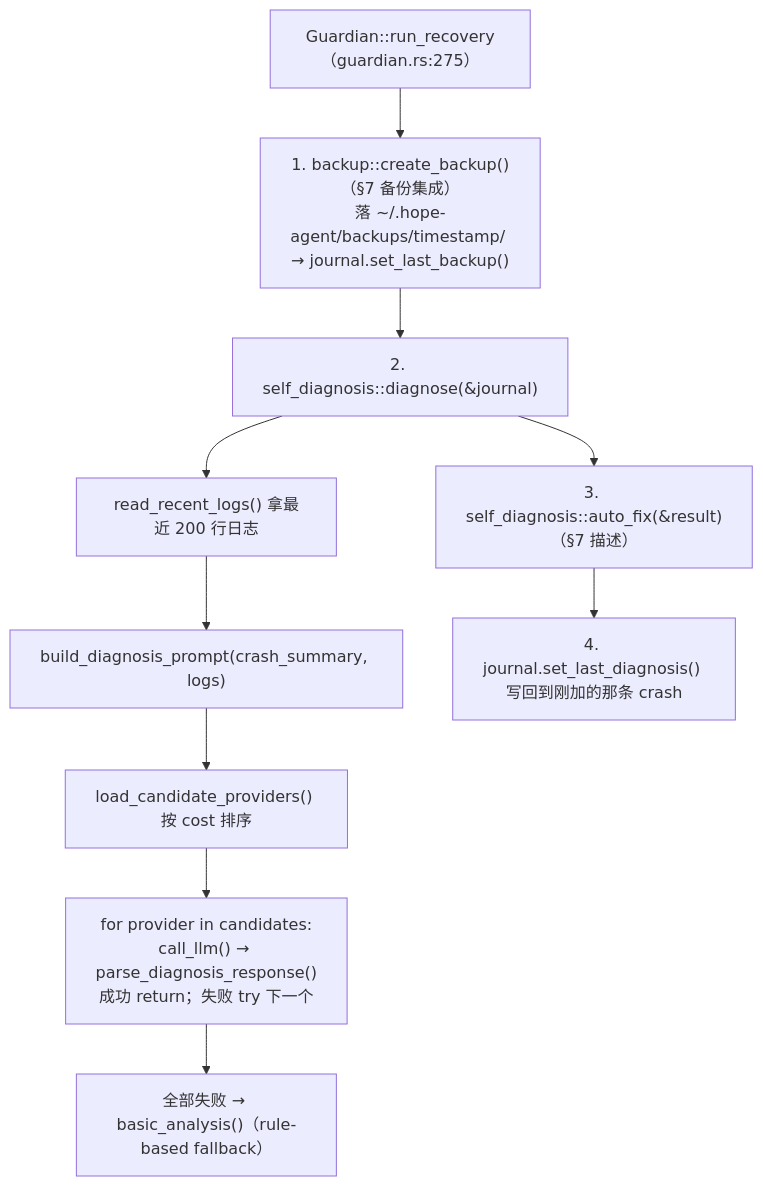
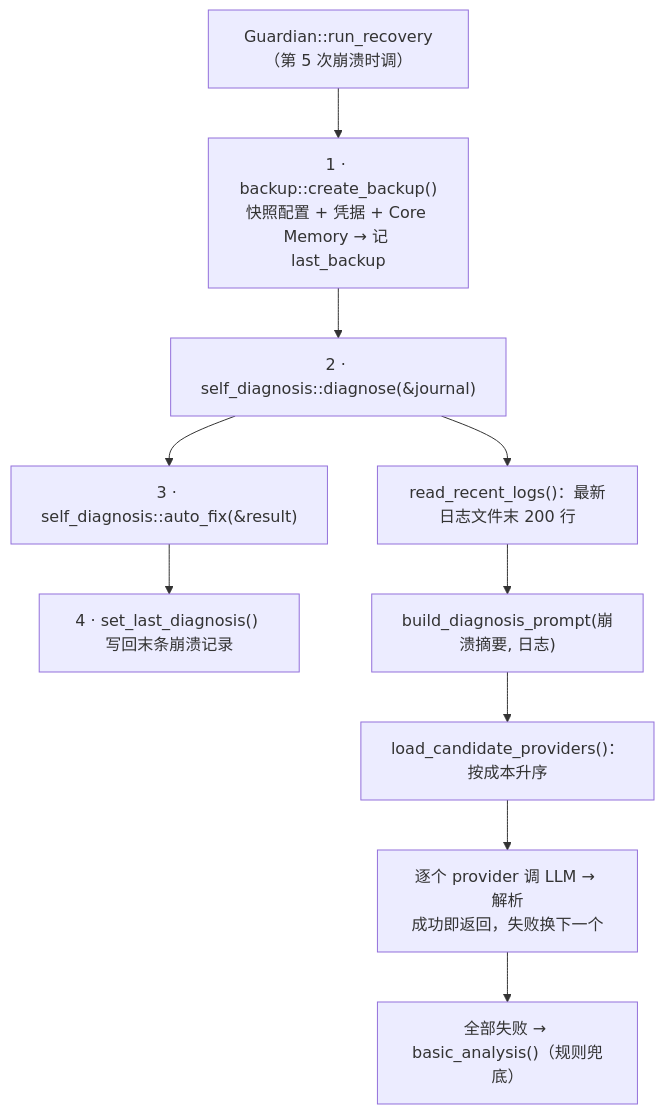
Before and after one commit to shiwenwen/hope-agent: the third of 3 diagrams in docs/architecture/reliability.md, drawn with Mermaid. The commit also changed other lines of this file and 11 other files, not shown here.

````diff
--- a/docs/architecture/reliability.md
+++ b/docs/architecture/reliability.md
@@ -334,16 +345,17 @@
 ```mermaid
 flowchart TD
-    RR["Guardian::run_recovery（guardian.rs:275）"]
-    BK["1. backup::create_backup()（§7 备份集成）<br/>落 ~/.hope-agent/backups/timestamp/ → journal.set_last_backup()"]
-    DIAG["2. self_diagnosis::diagnose(&journal)"]
-    D1["read_recent_logs() 拿最近 200 行日志"]
-    D2["build_diagnosis_prompt(crash_summary, logs)"]
-    D3["load_candidate_providers() 按 cost 排序"]
-    D4["for provider in candidates:<br/>call_llm() → parse_diagnosis_response()<br/>成功 return；失败 try 下一个"]
-    D5["全部失败 → basic_analysis()（rule-based fallback）"]
-    FIX["3. self_diagnosis::auto_fix(&result)（§7 描述）"]
-    SET["4. journal.set_last_diagnosis() 写回到刚加的那条 crash"]
+    RR["Guardian::run_recovery（第 5 次崩溃时调）"]
+    BK["1 · backup::create_backup()<br/>快照配置 + 凭据 + Core Memory → 记 last_backup"]
+    DIAG["2 · self_diagnosis::diagnose(&journal)"]
+    FIX["3 · self_diagnosis::auto_fix(&result)"]
+    SET["4 · set_last_diagnosis() 写回末条崩溃记录"]
+
+    D1["read_recent_logs()：最新日志文件末 200 行"]
+    D2["build_diagnosis_prompt(崩溃摘要, 日志)"]
+    D3["load_candidate_providers()：按成本升序"]
+    D4["逐个 provider 调 LLM → 解析<br/>成功即返回，失败换下一个"]
+    D5["全部失败 → basic_analysis()（规则兜底）"]
 
     RR --> BK --> DIAG --> FIX --> SET
     DIAG --> D1 --> D2 --> D3 --> D4 --> D5
 ```
````
